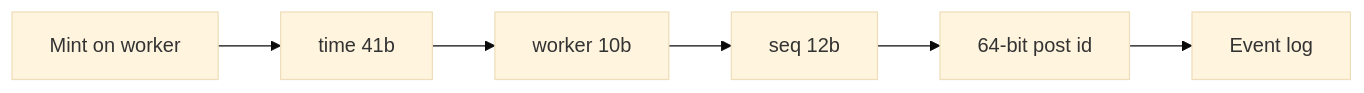
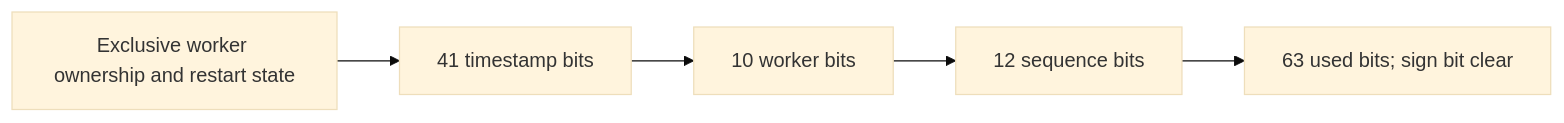
The diagram in lessons/system-design/foundations/unique-ids/viz/bits.md (jdodsoncollins/study-material), drawn with Mermaid (base theme) before and after one commit. The commit also changed 175 other files, not shown here.

````diff
--- a/lessons/system-design/foundations/unique-ids/viz/bits.md
+++ b/lessons/system-design/foundations/unique-ids/viz/bits.md
@@ -3,8 +3,7 @@
 ```mermaid
 flowchart LR
-  mint[Mint on worker] --> pack[time 41b]
-  pack --> worker[worker 10b]
-  worker --> seq[seq 12b]
-  seq --> id[64-bit post id]
-  id --> log[Event log]
+  owner[Exclusive worker ownership and restart state] --> time[41 timestamp bits]
+  time --> worker[10 worker bits]
+  worker --> seq[12 sequence bits]
+  seq --> id[63 used bits; sign bit clear]
 ```
````
